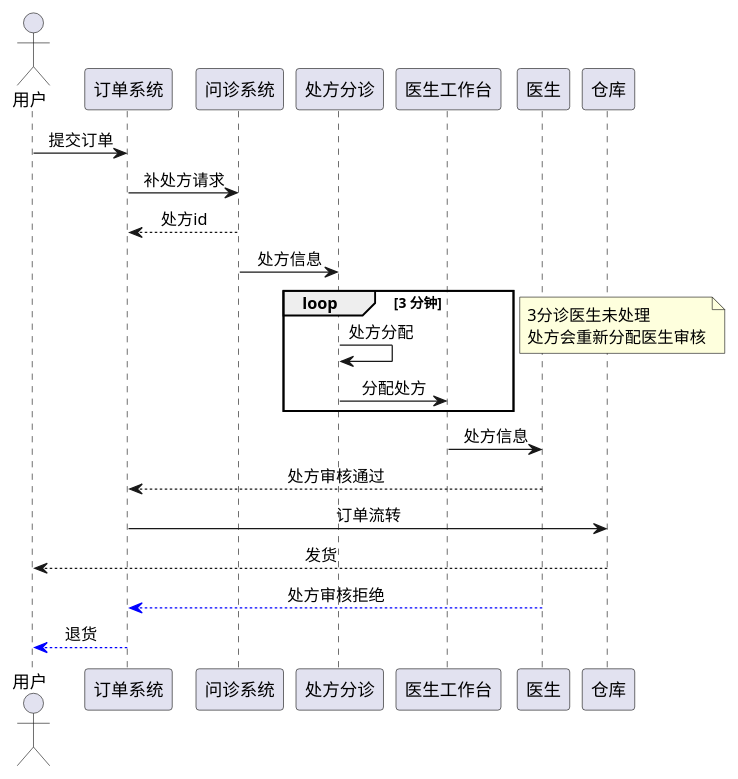
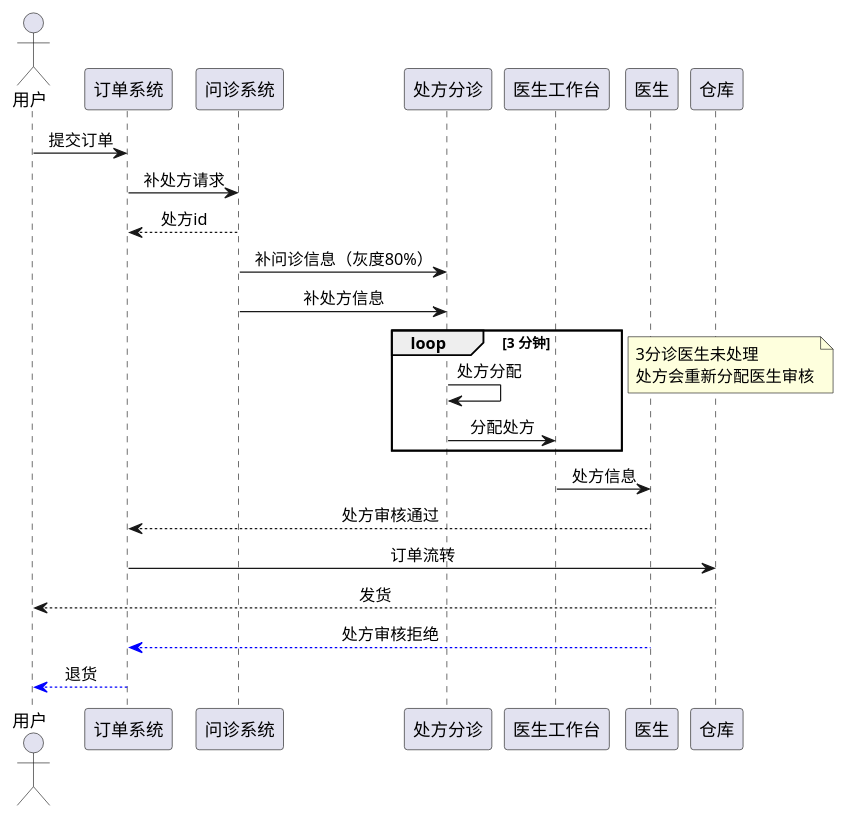
Before and after one commit to wxxzy/mdesk: the diagram in chaos/src/main/java/com/chaos/graph/需求前置.puml, drawn with PlantUML.

```diff
--- a/chaos/src/main/java/com/chaos/graph/需求前置.puml
+++ b/chaos/src/main/java/com/chaos/graph/需求前置.puml
@@ -1,25 +1,26 @@
 @startuml
 actor 用户
 skinparam sequenceMessageAlign center
 
 用户 -> 订单系统: 提交订单
 
 订单系统 -> 问诊系统: 补处方请求
 问诊系统 --> 订单系统: 处方id
-问诊系统 -> 处方分诊: 处方信息
+问诊系统 -> 处方分诊: 补问诊信息（灰度80%）
+问诊系统 -> 处方分诊: 补处方信息
 loop 3 分钟
     处方分诊 ->处方分诊: 处方分配
     处方分诊 -> 医生工作台: 分配处方
 end
 
 note left
 3分诊医生未处理
 处方会重新分配医生审核
 end note
 医生工作台 -> 医生: 处方信息
 医生 --> 订单系统: 处方审核通过
 订单系统 ->仓库: 订单流转
 仓库 --> 用户: 发货
 医生 --[#0000FF]> 订单系统: 处方审核拒绝
 订单系统--[#0000FF]> 用户: 退货
 @enduml
```
